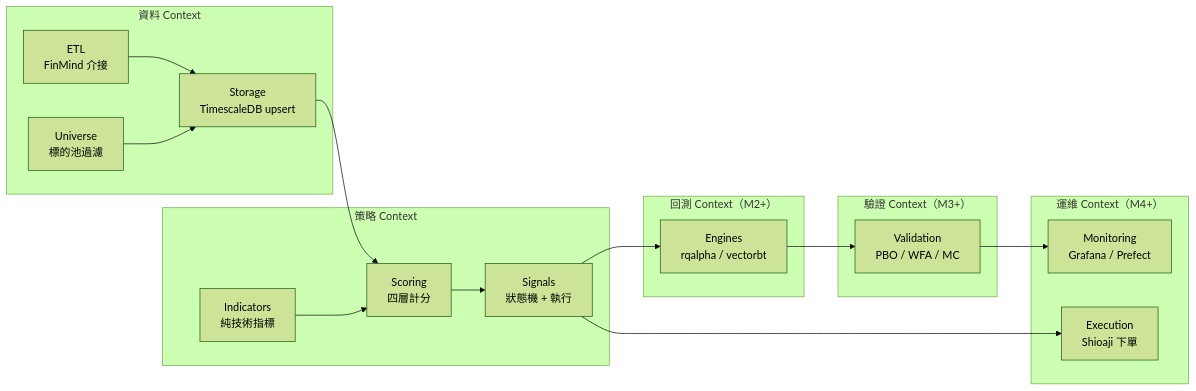
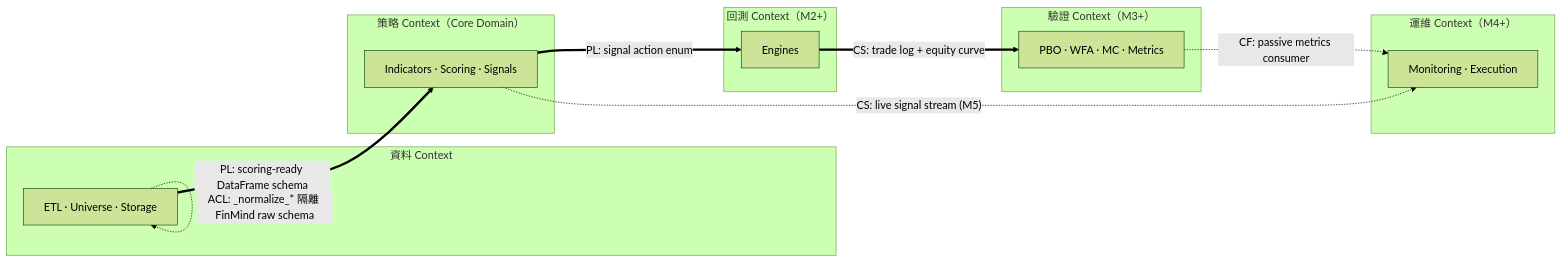
The sixth of 11 diagrams in dev_docs/05_architecture_and_design_document.md (Zenobia000/Quantitative_Trading), drawn with Mermaid (forest theme) before and after one commit. The commit also changed other lines of this file and 4 other files, not shown here.

First line of the commit message:
docs(dev_docs): fix C4 partial disclosure + DDD tactical + sequence + deployment

````diff
--- a/dev_docs/05_architecture_and_design_document.md
+++ b/dev_docs/05_architecture_and_design_document.md
@@ -126,37 +397,29 @@
 ```mermaid
 graph LR
-    subgraph "資料 Context"
-        ETL_C[ETL<br/>FinMind 介接]
-        Univ_C[Universe<br/>標的池過濾]
-        DBW_C[Storage<br/>TimescaleDB upsert]
+    subgraph data_ctx["資料 Context"]
+        D[ETL · Universe · Storage]
     end
 
-    subgraph "策略 Context"
-        Indi_C[Indicators<br/>純技術指標]
-        Score_C[Scoring<br/>四層計分]
-        Sig_C[Signals<br/>狀態機 + 執行]
+    subgraph strategy_ctx["策略 Context（Core Domain）"]
+        S[Indicators · Scoring · Signals]
     end
 
-    subgraph "回測 Context（M2+）"
-        Eng_C[Engines<br/>rqalpha / vectorbt]
+    subgraph backtest_ctx["回測 Context（M2+）"]
+        B[Engines]
     end
 
-    subgraph "驗證 Context（M3+）"
-        Val_C[Validation<br/>PBO / WFA / MC]
+    subgraph validation_ctx["驗證 Context（M3+）"]
+        V[PBO · WFA · MC · Metrics]
     end
 
-    subgraph "運維 Context（M4+）"
-        Mon_C[Monitoring<br/>Grafana / Prefect]
-        Exec_C[Execution<br/>Shioaji 下單]
+    subgraph ops_ctx["運維 Context（M4+）"]
+        O[Monitoring · Execution]
     end
 
-    ETL_C --> DBW_C
-    Univ_C --> DBW_C
-    DBW_C --> Score_C
-    Indi_C --> Score_C
-    Score_C --> Sig_C
-    Sig_C --> Eng_C
-    Eng_C --> Val_C
-    Val_C --> Mon_C
-    Sig_C --> Exec_C
+    D ==>|"PL: scoring-ready DataFrame schema"| S
+    S ==>|"PL: signal action enum"| B
+    B ==>|"CS: trade log + equity curve"| V
+    V -.->|"CF: passive metrics consumer"| O
+    S -.->|"CS: live signal stream (M5)"| O
+    D -.->|"ACL: _normalize_* 隔離 FinMind raw schema"| D
 ```
````
